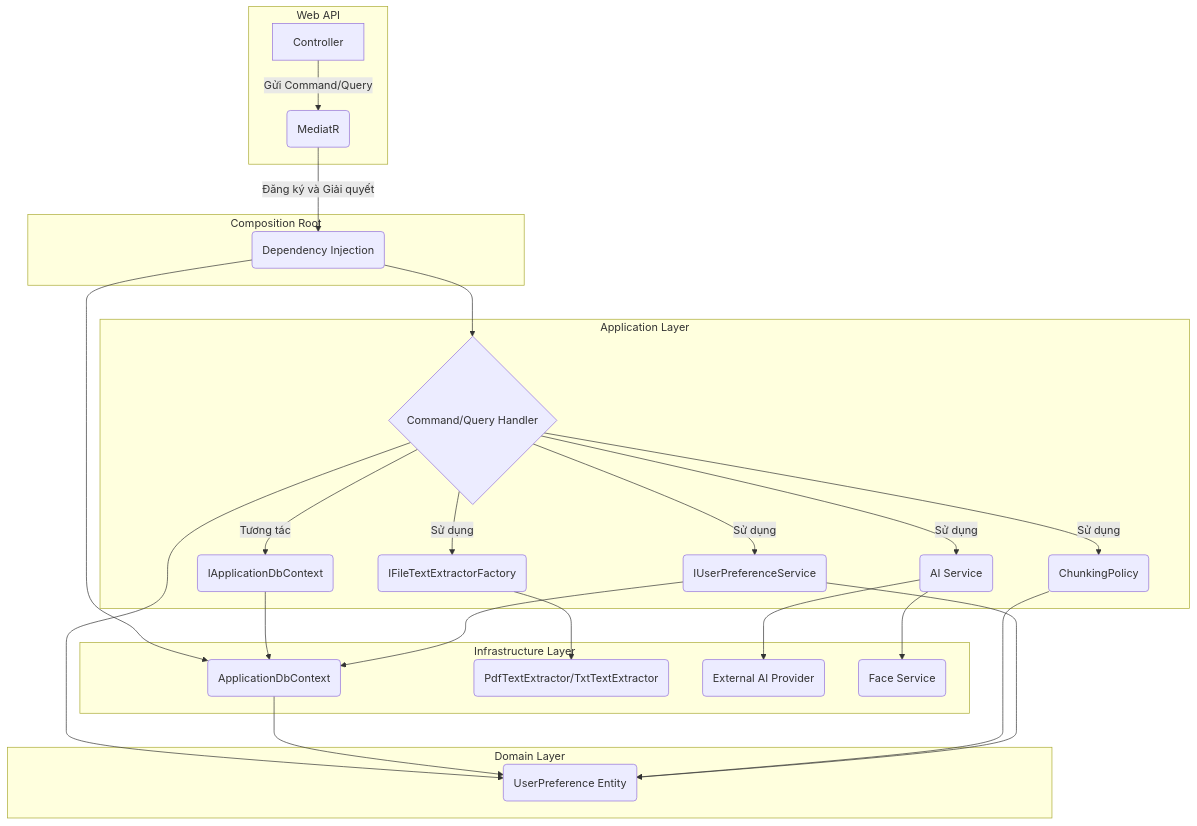
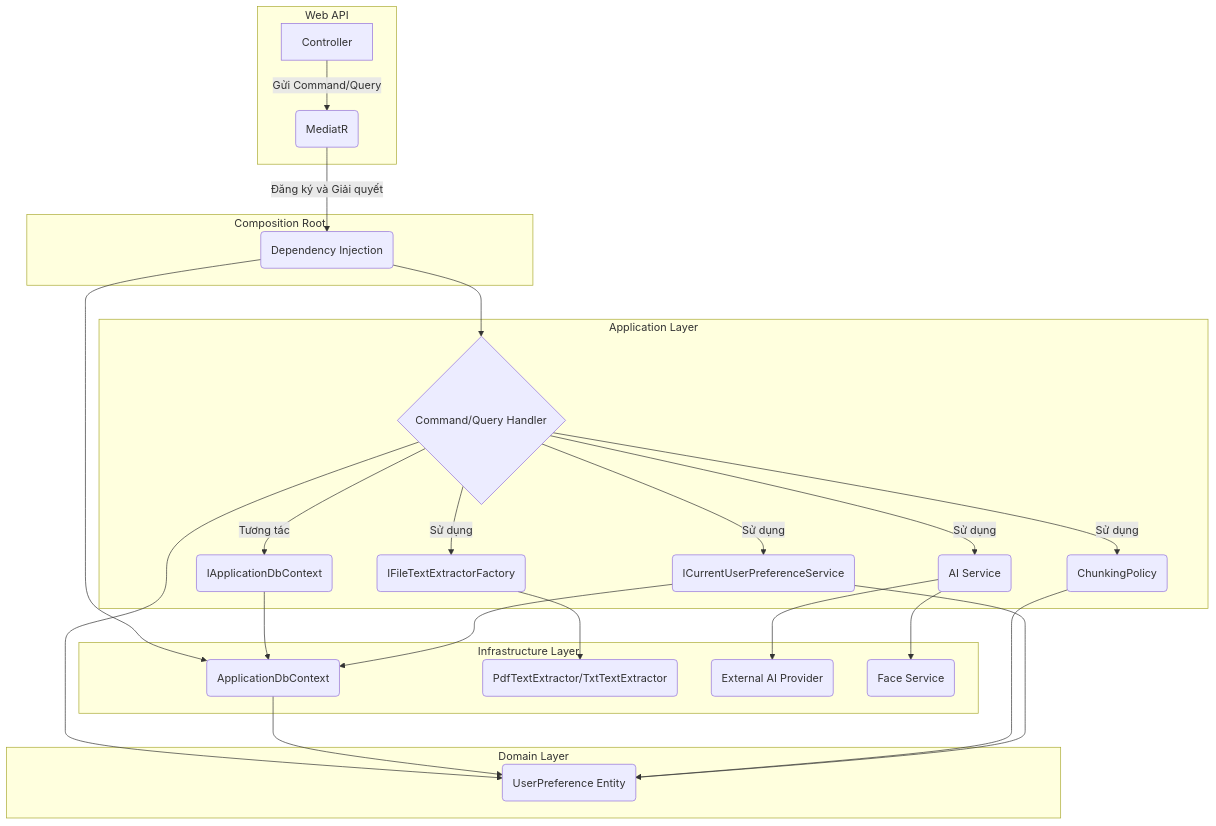
Before and after one commit to hkthao/family-tree-3: the fourth of 6 diagrams in docs/engineering/architecture.md, drawn with Mermaid. The commit also changed other lines of this file and 140 other files, not shown here.

````diff
--- a/docs/engineering/architecture.md
+++ b/docs/engineering/architecture.md
@@ -73,35 +73,35 @@
 ```mermaid
 graph TD
     subgraph "Web API"
         A[Controller] -->|Gửi Command/Query| B(MediatR)
     end
 
     subgraph "Composition Root"
         B -->|Đăng ký và Giải quyết| CR(Dependency Injection)
     end
 
     subgraph "Application Layer"
         CR --> C{Command/Query Handler}
         C -->|Tương tác| D(IApplicationDbContext)
         C -->|Sử dụng| E(IFileTextExtractorFactory)
         C -->|Sử dụng| F(ChunkingPolicy)
-        C -->|Sử dụng| UP(IUserPreferenceService)
+        C -->|Sử dụng| UP(ICurrentUserPreferenceService)
         C -->|Sử dụng| AI(AI Service)
     end
 
     subgraph "Infrastructure Layer"
         CR --> G(ApplicationDbContext)
         D --> G
         E --> H(PdfTextExtractor/TxtTextExtractor)
         UP --> G
         AI --> J(External AI Provider)
         AI --> K(Face Service)
     end
 
     subgraph "Domain Layer"
         C --> I(Entities)
         G --> I
         F --> I
         UP --> I(UserPreference Entity)
     end
 ```
````
